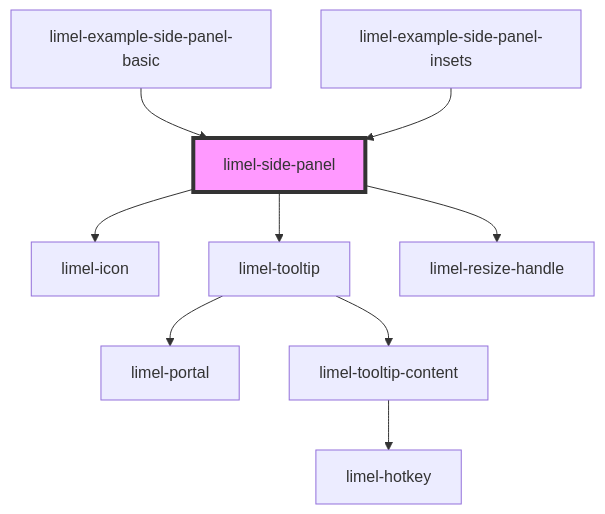
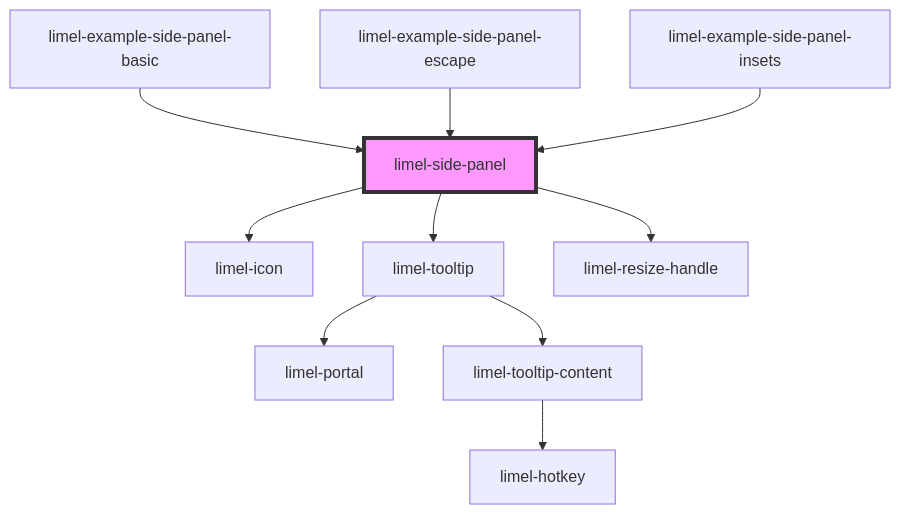
One commit to Lundalogik/lime-elements changed the diagram in versions/PR-4363/markdown-docs/components/side-panel/readme.md. Above: the diagram before and after it, drawn with Mermaid. The commit also changed other lines of this file and 590 other files, not shown here.

````diff
--- a/versions/PR-4363/markdown-docs/components/side-panel/readme.md
+++ b/versions/PR-4363/markdown-docs/components/side-panel/readme.md
@@ -83,12 +56,13 @@
 ```mermaid
 graph TD;
   limel-side-panel --> limel-icon
   limel-side-panel --> limel-tooltip
   limel-side-panel --> limel-resize-handle
   limel-tooltip --> limel-portal
   limel-tooltip --> limel-tooltip-content
   limel-tooltip-content --> limel-hotkey
   limel-example-side-panel-basic --> limel-side-panel
+  limel-example-side-panel-escape --> limel-side-panel
   limel-example-side-panel-insets --> limel-side-panel
   style limel-side-panel fill:#f9f,stroke:#333,stroke-width:4px
 ```
````
